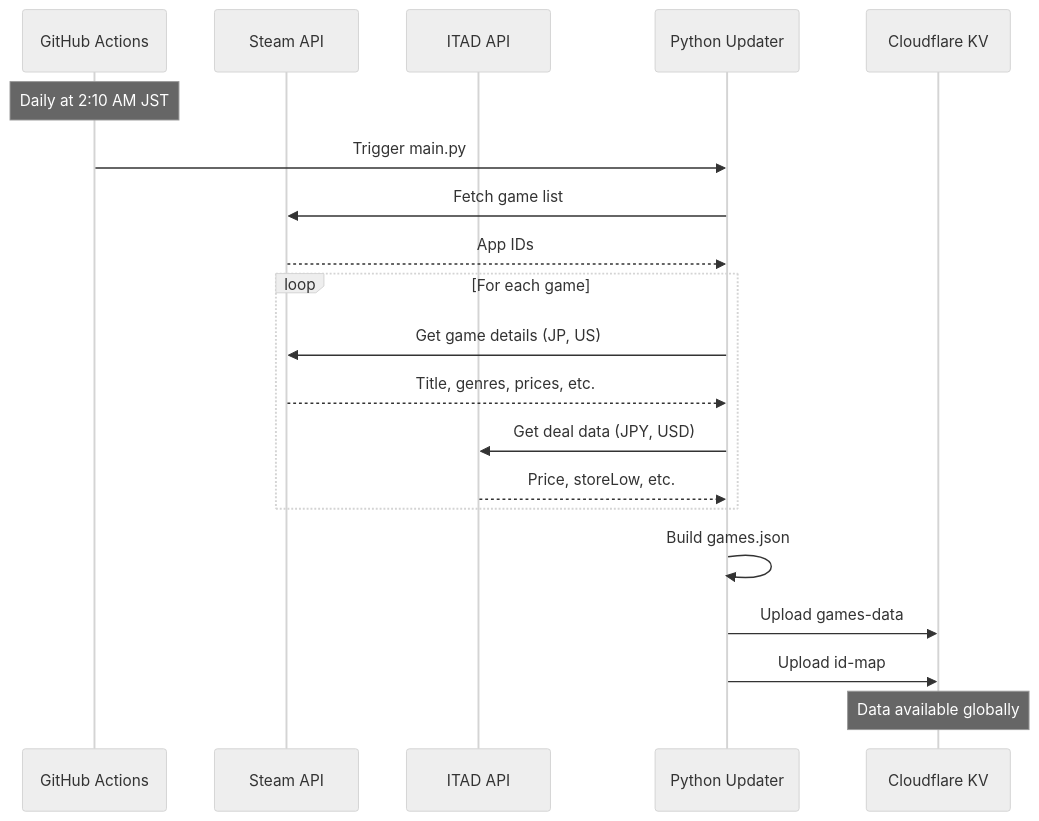
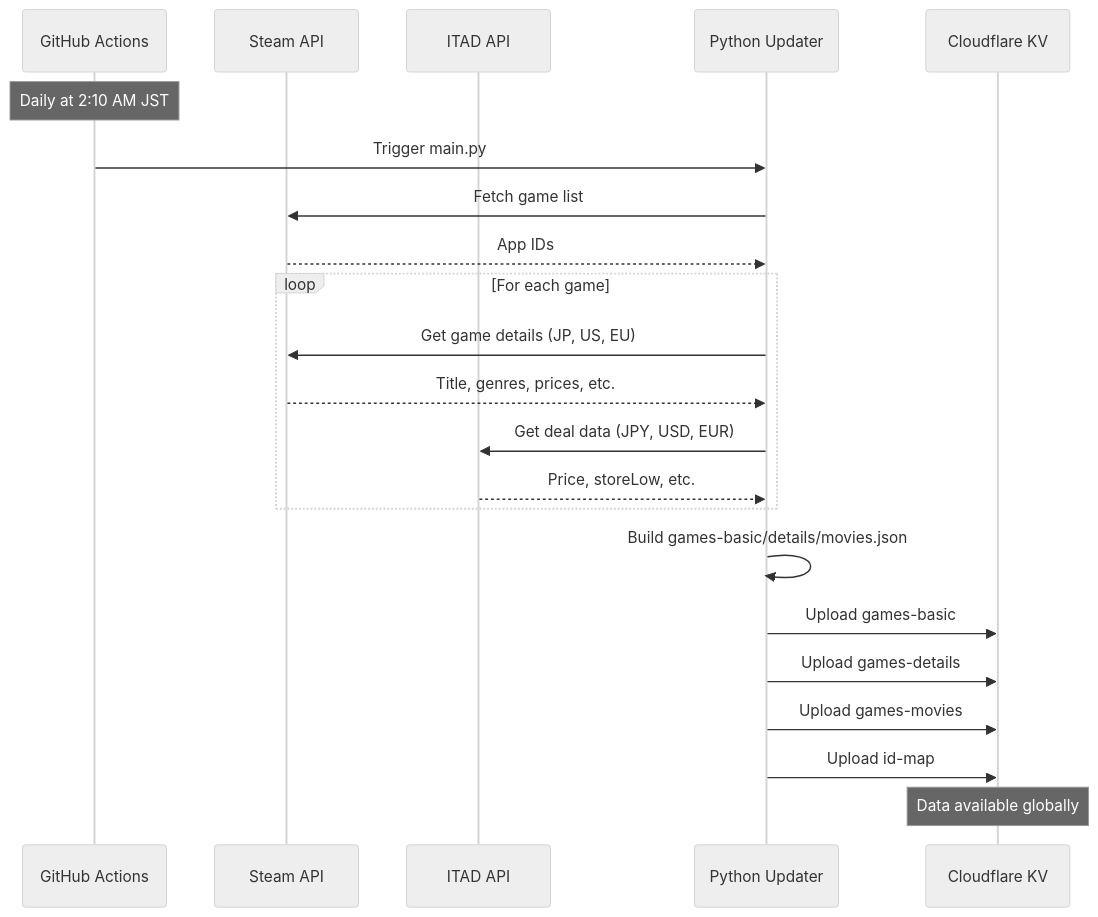
One commit to vibecoder-lab/game-seeker-vault changed the second of 7 diagrams in docs/ARCHITECTURE.md. Above: the diagram before and after it, drawn with Mermaid (neutral theme). The commit also changed other lines of this file and 12 other files, not shown here.

````diff
--- a/docs/ARCHITECTURE.md
+++ b/docs/ARCHITECTURE.md
@@ -124,27 +124,29 @@
 ```mermaid
 sequenceDiagram
     participant GHA as GitHub Actions
     participant Steam as Steam API
     participant ITAD as ITAD API
     participant Updater as Python Updater
     participant KV as Cloudflare KV
 
     Note over GHA: Daily at 2:10 AM JST
 
     GHA->>Updater: Trigger main.py
     Updater->>Steam: Fetch game list
     Steam-->>Updater: App IDs
 
     loop For each game
-        Updater->>Steam: Get game details (JP, US)
+        Updater->>Steam: Get game details (JP, US, EU)
         Steam-->>Updater: Title, genres, prices, etc.
-        Updater->>ITAD: Get deal data (JPY, USD)
+        Updater->>ITAD: Get deal data (JPY, USD, EUR)
         ITAD-->>Updater: Price, storeLow, etc.
     end
 
-    Updater->>Updater: Build games.json
-    Updater->>KV: Upload games-data
+    Updater->>Updater: Build games-basic/details/movies.json
+    Updater->>KV: Upload games-basic
+    Updater->>KV: Upload games-details
+    Updater->>KV: Upload games-movies
     Updater->>KV: Upload id-map
 
     Note over KV: Data available globally
 ```
````
